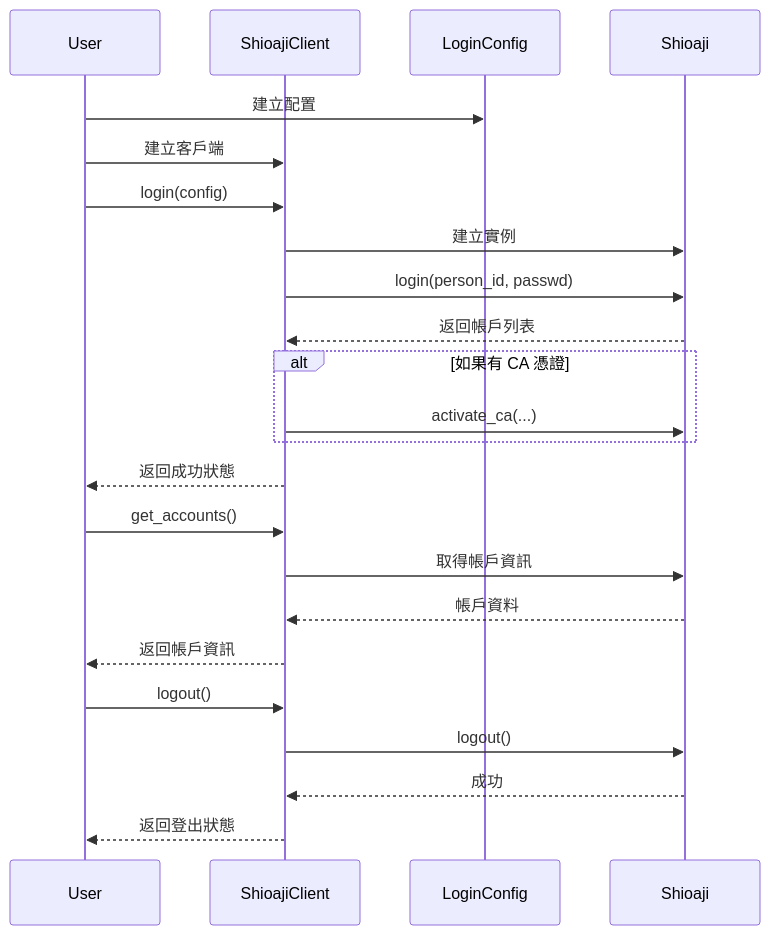
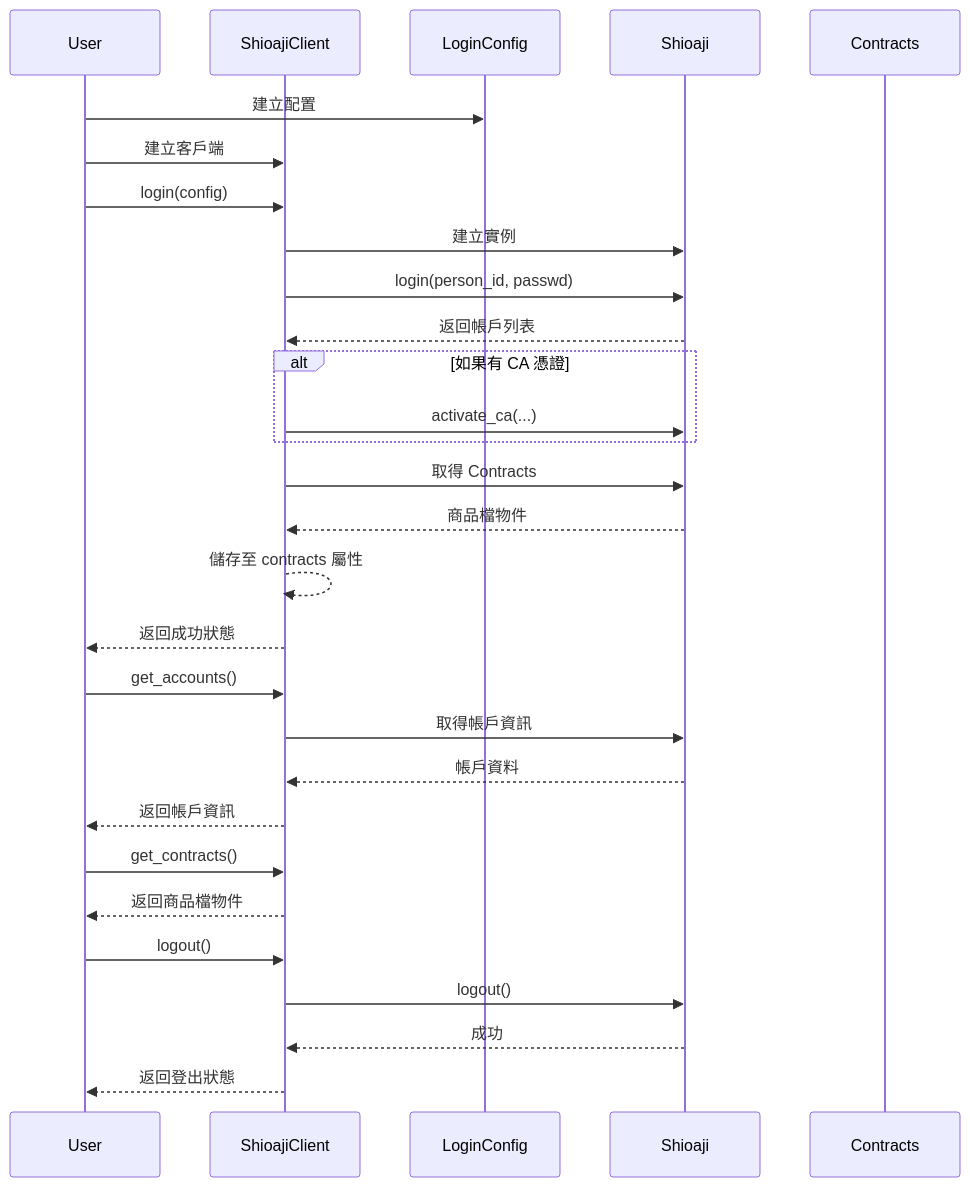
Before and after one commit to wu02067602/sample-trading: the second of 4 diagrams in 類別圖.md, drawn with Mermaid. The commit also changed other lines of this file and 7 other files, not shown here.

````diff
--- a/類別圖.md
+++ b/類別圖.md
@@ -192,28 +239,35 @@
 ```mermaid
 sequenceDiagram
     participant User
     participant ShioajiClient
     participant LoginConfig
     participant Shioaji
+    participant Contracts
 
     User->>LoginConfig: 建立配置
     User->>ShioajiClient: 建立客戶端
     User->>ShioajiClient: login(config)
     ShioajiClient->>Shioaji: 建立實例
     ShioajiClient->>Shioaji: login(person_id, passwd)
     Shioaji-->>ShioajiClient: 返回帳戶列表
     alt 如果有 CA 憑證
         ShioajiClient->>Shioaji: activate_ca(...)
     end
+    ShioajiClient->>Shioaji: 取得 Contracts
+    Shioaji-->>ShioajiClient: 商品檔物件
+    ShioajiClient-->>ShioajiClient: 儲存至 contracts 屬性
     ShioajiClient-->>User: 返回成功狀態
     
     User->>ShioajiClient: get_accounts()
     ShioajiClient->>Shioaji: 取得帳戶資訊
     Shioaji-->>ShioajiClient: 帳戶資料
     ShioajiClient-->>User: 返回帳戶資訊
     
+    User->>ShioajiClient: get_contracts()
+    ShioajiClient-->>User: 返回商品檔物件
+    
     User->>ShioajiClient: logout()
     ShioajiClient->>Shioaji: logout()
     Shioaji-->>ShioajiClient: 成功
     ShioajiClient-->>User: 返回登出狀態
 ```
````
